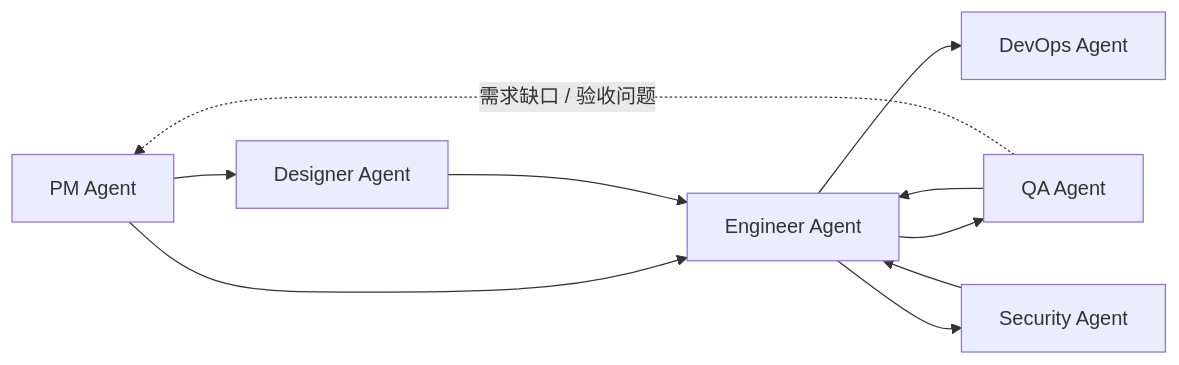
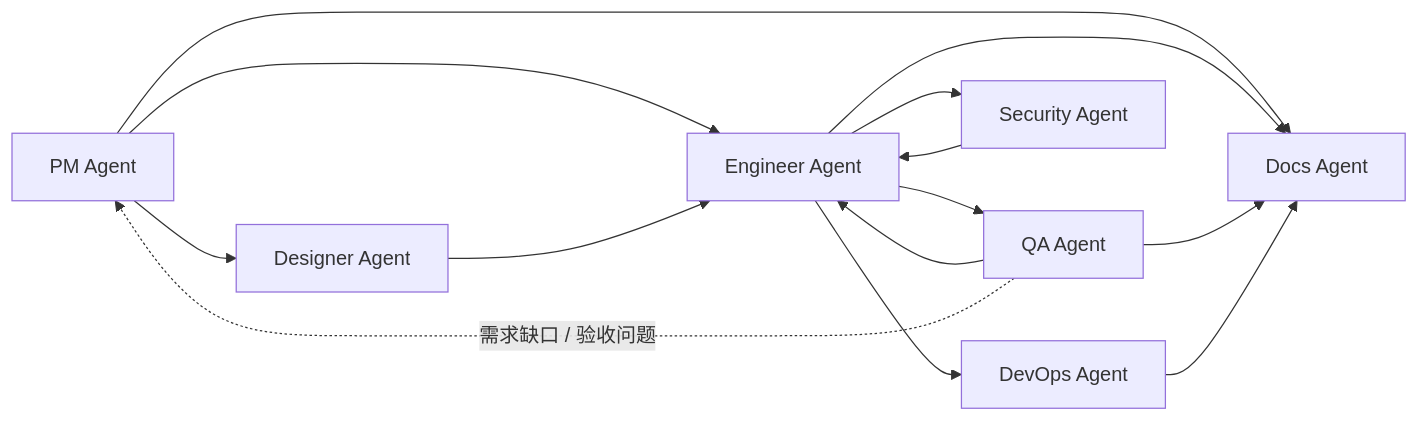
The diagram in README_zh.md (Neplich/dev-agent-skills), drawn with Mermaid before and after one commit. The commit also changed other lines of this file and 74 other files, not shown here.

````diff
--- a/README_zh.md
+++ b/README_zh.md
@@ -97,12 +99,16 @@
 ```mermaid
 flowchart LR
     PM["PM Agent"] --> Designer["Designer Agent"]
     PM --> Engineer["Engineer Agent"]
     Designer --> Engineer
     Engineer --> QA["QA Agent"]
     QA --> Engineer
     QA -. "需求缺口 / 验收问题" .-> PM
     Engineer --> DevOps["DevOps Agent"]
     Engineer --> Security["Security Agent"]
     Security --> Engineer
+    PM --> Docs["Docs Agent"]
+    Engineer --> Docs
+    QA --> Docs
+    DevOps --> Docs
 ```
````
